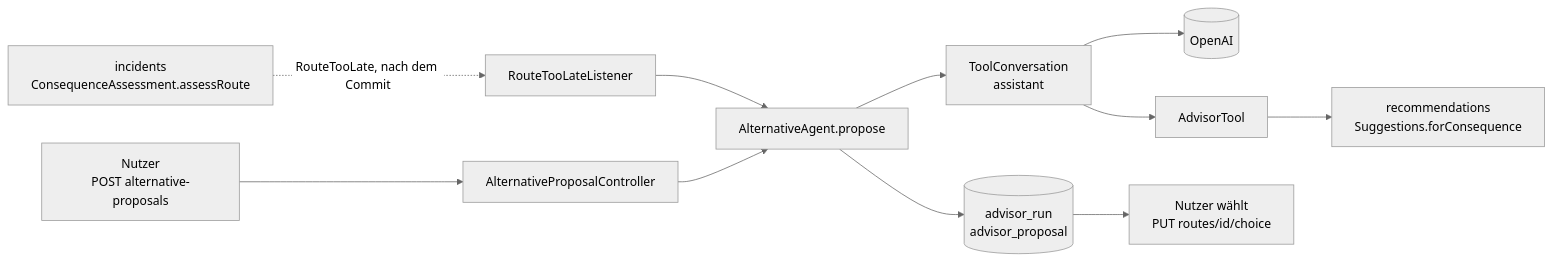
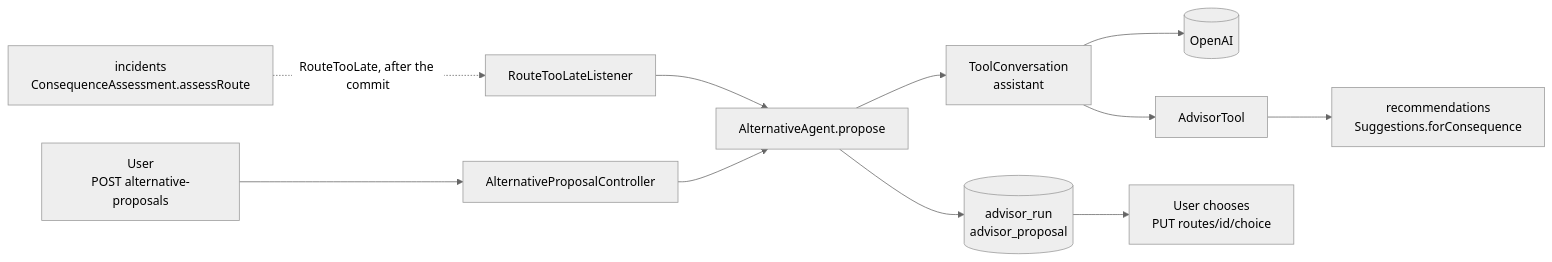
Before and after one commit to kehrbros/nofrustrationvacation: the diagram in Docs/advisor.md, drawn with Mermaid (neutral theme). The commit also changed other lines of this file and 136 other files, not shown here.

````diff
--- a/Docs/advisor.md
+++ b/Docs/advisor.md
@@ -11,13 +11,13 @@
 ```mermaid
 flowchart LR
-    a[incidents<br>ConsequenceAssessment.assessRoute] -.->|RouteTooLate, nach dem Commit| l[RouteTooLateListener]
-    u[Nutzer<br>POST alternative-proposals] --> c[AlternativeProposalController]
+    a[incidents<br>ConsequenceAssessment.assessRoute] -.->|RouteTooLate, after the commit| l[RouteTooLateListener]
+    u[User<br>POST alternative-proposals] --> c[AlternativeProposalController]
     l --> p[AlternativeAgent.propose]
     c --> p
     p --> t[ToolConversation<br>assistant]
     t --> m[(OpenAI)]
     t --> w[AdvisorTool]
     w --> s[recommendations<br>Suggestions.forConsequence]
     p --> d[(advisor_run<br>advisor_proposal)]
-    d --> g[Nutzer wählt<br>PUT routes/id/choice]
+    d --> g[User chooses<br>PUT routes/id/choice]
 ```
````
